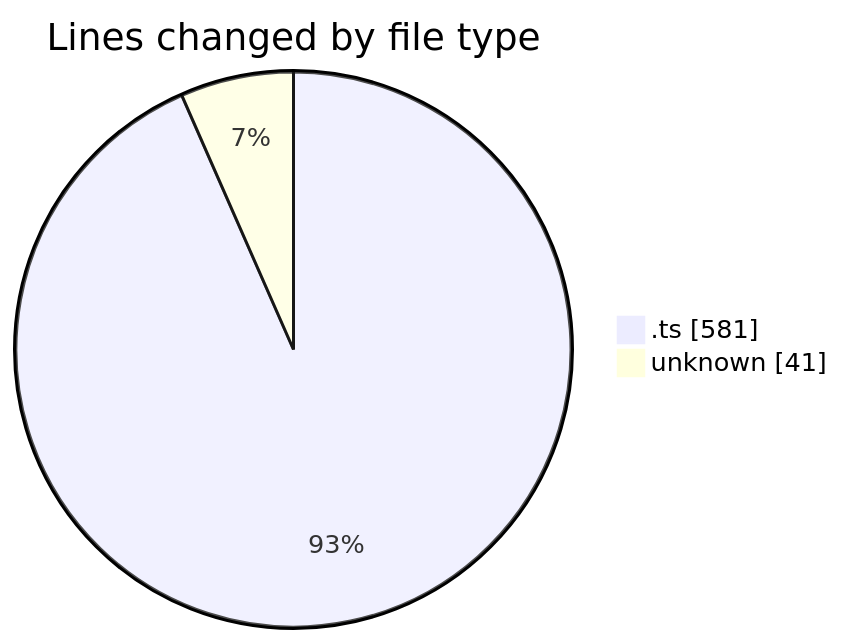
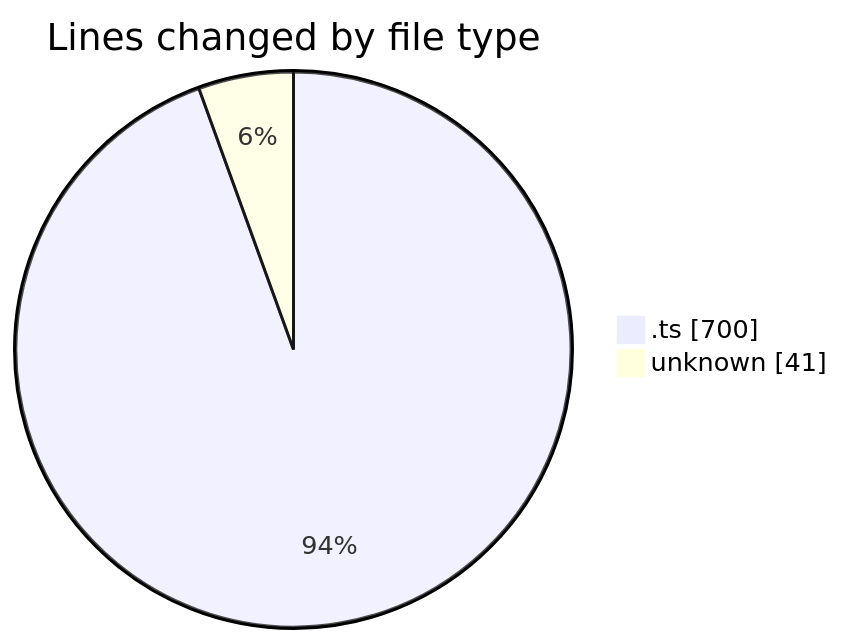
Before and after one commit to momahboobian/code-tracking: the first of 2 diagrams in 2025-08-18/cda/README.md, drawn with Mermaid. The commit also changed other lines of this file and 1 other file, not shown here.

````diff
--- a/2025-08-18/cda/README.md
+++ b/2025-08-18/cda/README.md
@@ -22,6 +22,6 @@
 ```mermaid
 pie showData
 title Lines changed by file type
-".ts" : 581
+".ts" : 700
 "unknown" : 41
 ```
````
